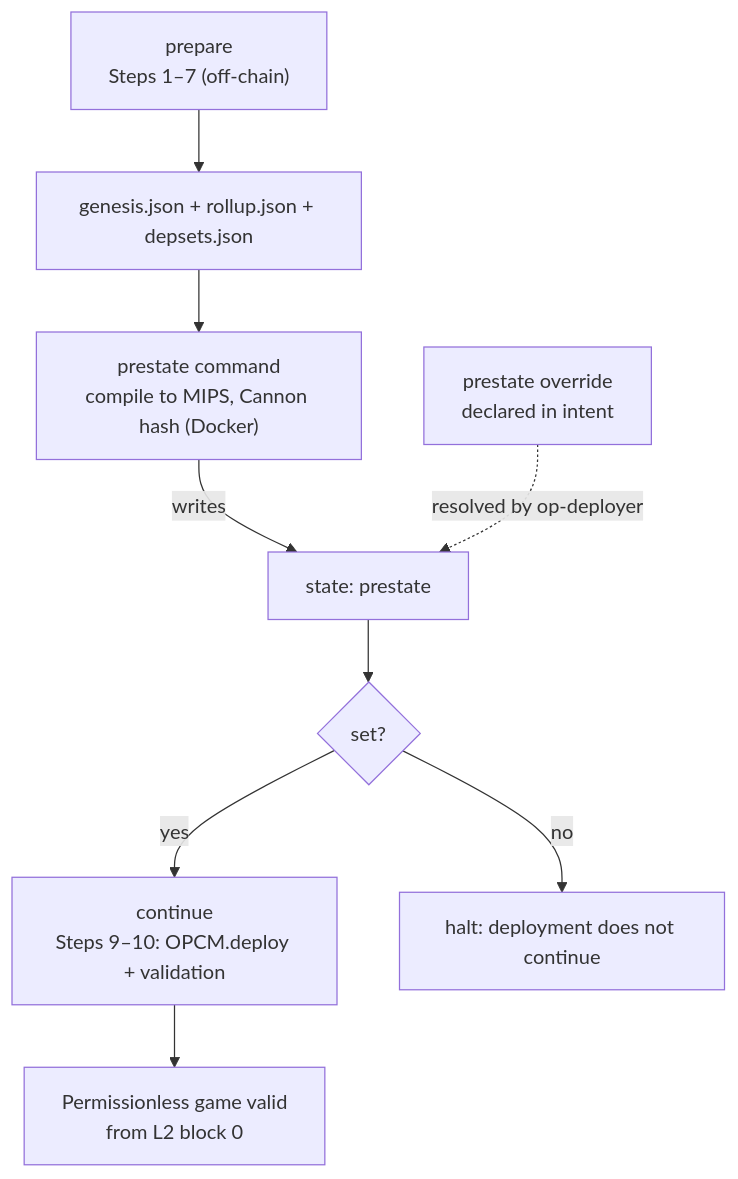
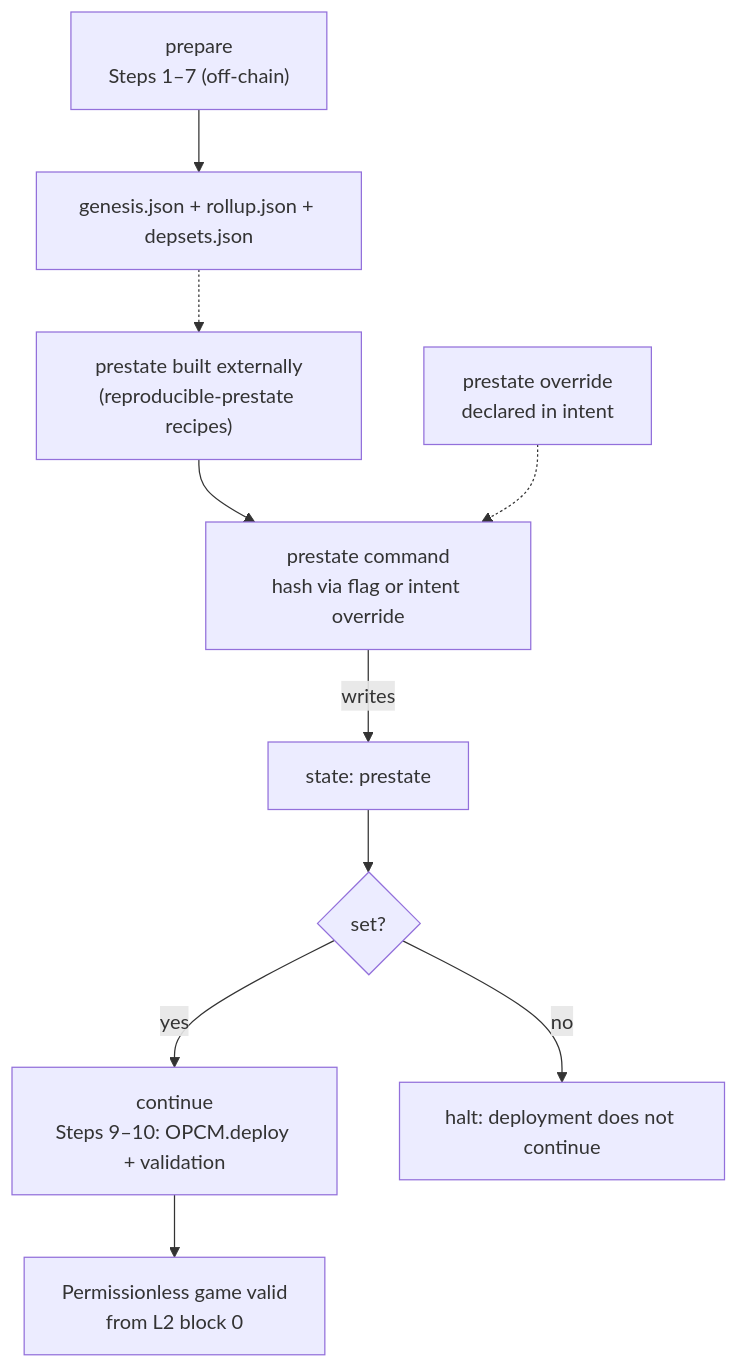
Before and after one commit to ethereum-optimism/design-docs: the fourth of 4 diagrams in ecosystem/op-deployer/predictive-chain-deployments/pcd-design.md, drawn with Mermaid. The commit also changed other lines of this file and 1 other file, not shown here.

Commit message:
fix: prestate is built through monorepo's recipes

````diff
--- a/ecosystem/op-deployer/predictive-chain-deployments/pcd-design.md
+++ b/ecosystem/op-deployer/predictive-chain-deployments/pcd-design.md
@@ -295,11 +297,12 @@
 ```mermaid
 flowchart TD
     A["prepare<br/>Steps 1–7 (off-chain)"] --> ART["genesis.json + rollup.json + depsets.json"]
-    ART --> B["prestate command<br/>compile to MIPS, Cannon hash (Docker)"]
+    ART -.-> BUILD["prestate built externally<br/>(reproducible-prestate recipes)"]
+    BUILD --> B["prestate command<br/>hash via flag or intent override"]
+    OV["prestate override<br/>declared in intent"] -.-> B
     B -->|"writes"| F["state: prestate"]
-    OV["prestate override<br/>declared in intent"] -.->|"resolved by op-deployer"| F
     F --> G{"set?"}
     G -->|"yes"| C["continue<br/>Steps 9–10: OPCM.deploy + validation"]
     G -->|"no"| H["halt: deployment does not continue"]
     C --> J["Permissionless game valid<br/>from L2 block 0"]
 ```
````
